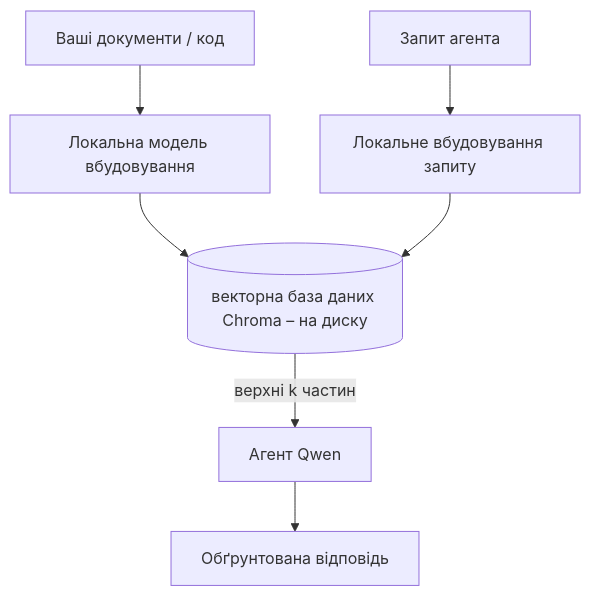
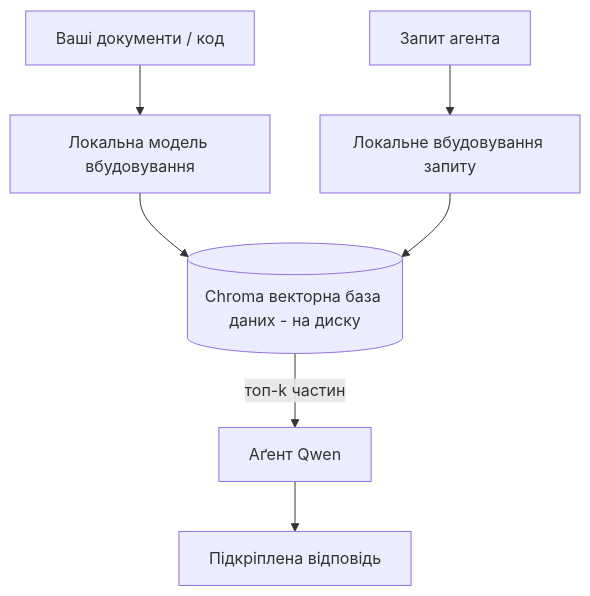
The third of 4 diagrams in translations/uk/17-creating-local-ai-agents/README.md (microsoft/ai-agents-for-beginners), drawn with Mermaid before and after one commit. The commit also changed other lines of this file and 45 other files, not shown here.

````diff
--- a/translations/uk/17-creating-local-ai-agents/README.md
+++ b/translations/uk/17-creating-local-ai-agents/README.md
@@ -125,9 +125,9 @@
 ```mermaid
 flowchart TB
     D[Ваші документи / код] --> E[Локальна модель вбудовування]
-    E --> V[(векторна база даних Chroma – на диску)]
+    E --> V[(Chroma векторна база даних - на диску)]
     Q[Запит агента] --> QE[Локальне вбудовування запиту]
     QE --> V
-    V -->|верхні k частин| A[Агент Qwen]
-    A --> Ans[Обґрунтована відповідь]
+    V -->|топ-k частин| A[Аґент Qwen]
+    A --> Ans[Підкріплена відповідь]
 ```
````
